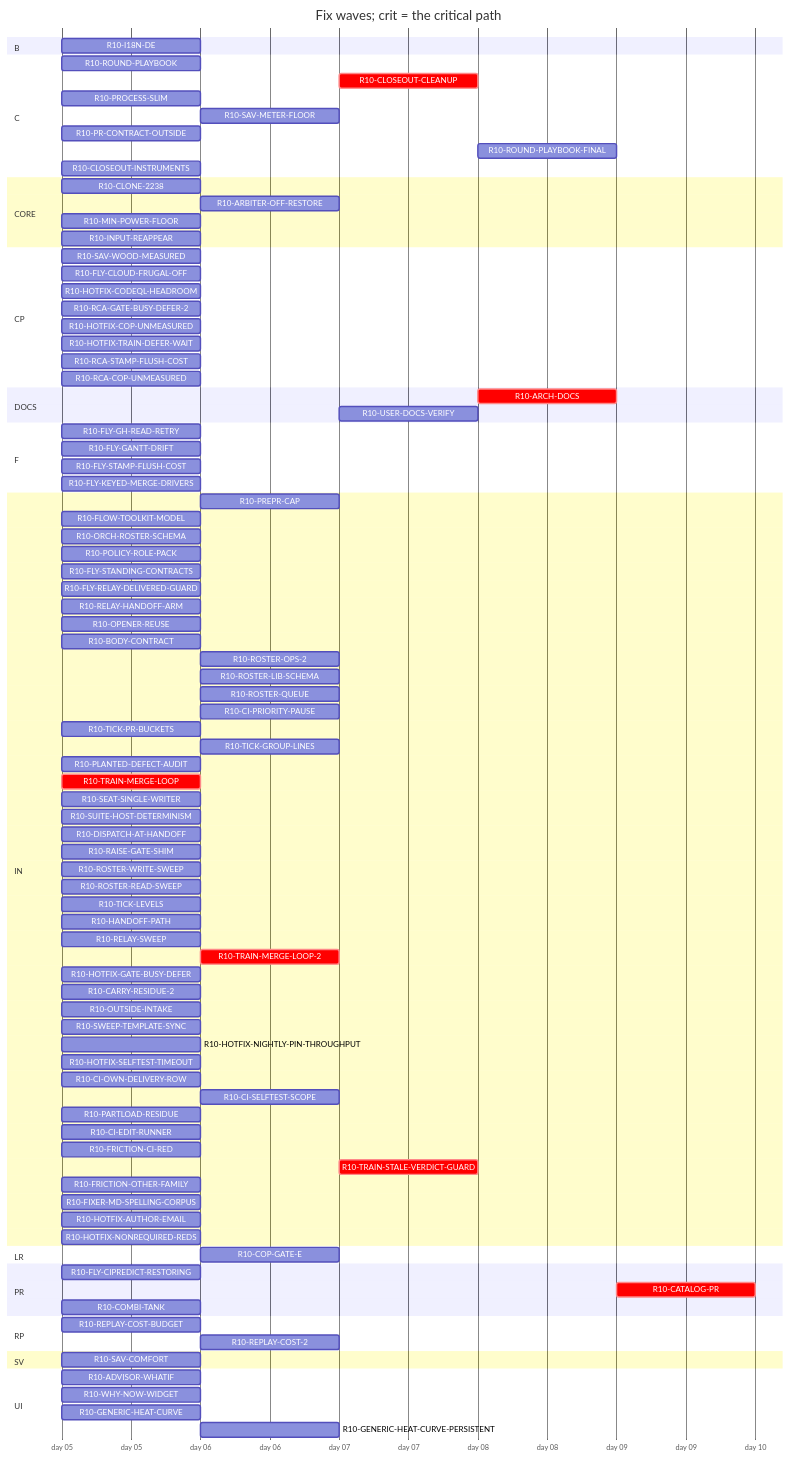
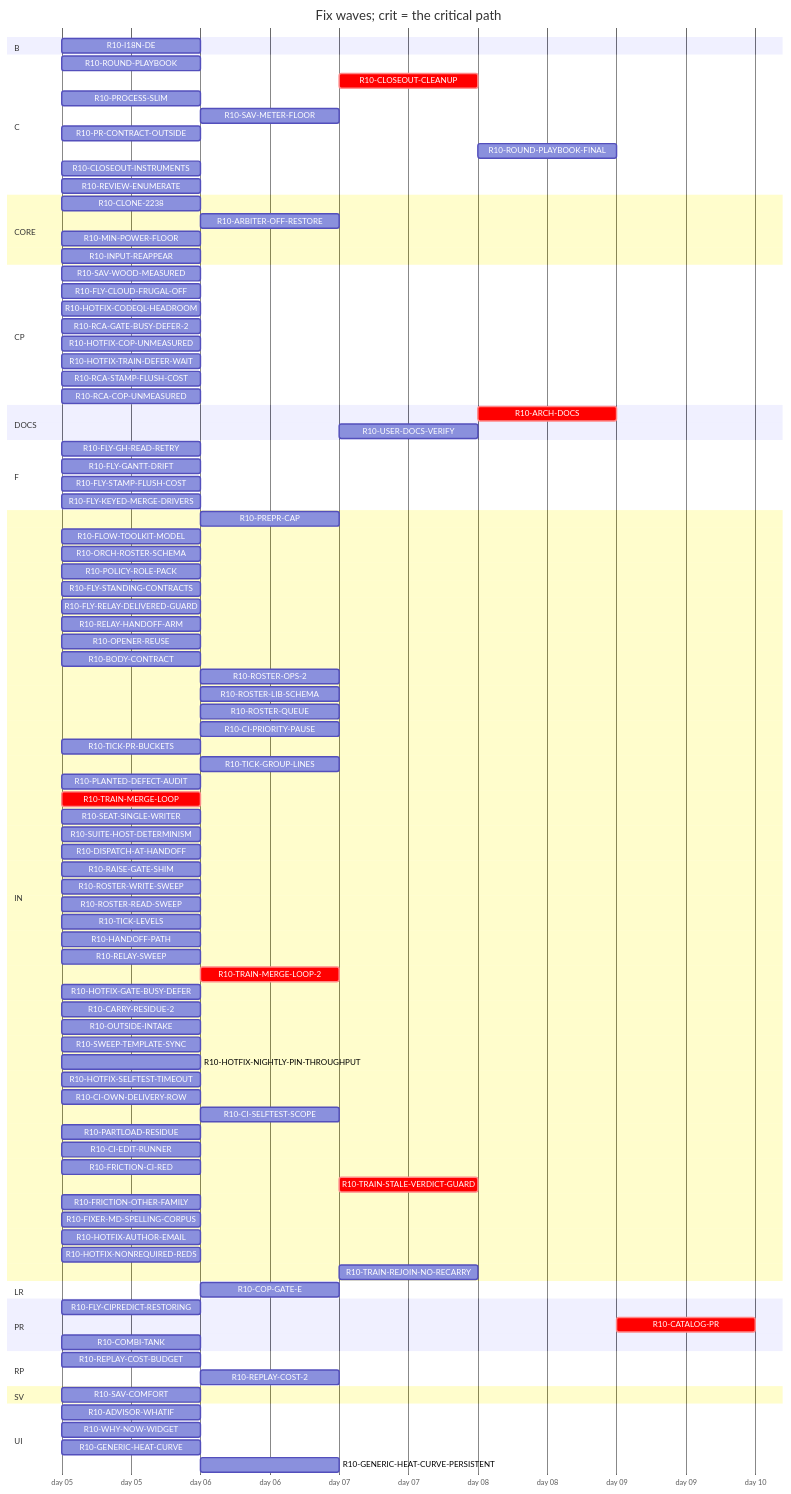
The diagram in handoff/round10/state/PLAN-TABLE.md (tvofi/heatpump_optimizer), drawn with Mermaid before and after one commit. The commit also changed other lines of this file and 3 other files, not shown here.

Commit message:
state: FLOW-BOARD.md, NEXT-SESSION-PROMPT.md, PLAN-TABLE.md, RESUME-CURRENT.md regenerated (state_docs.py)

```diff
--- a/handoff/round10/state/PLAN-TABLE.md
+++ b/handoff/round10/state/PLAN-TABLE.md
@@ -37,6 +37,7 @@
     R10-PR-CONTRACT-OUTSIDE :r10PRCONTRACTOUTSIDE, 2026-01-05, 1d
     R10-ROUND-PLAYBOOK-FINAL :r10ROUNDPLAYBOOKFINAL, after r10PREPRCAP r10HANDOFFPATH r10RELAYSWEEP r10TRAINMERGELOOP r10DISPATCHATHANDOFF r10BODYCONTRACT r10TICKLEVELS r10CIPRIORITYPAUSE r10ROSTERWRITESWEEP r10ROSTERREADSWEEP r10FLYSTANDINGCONTRACTS r10POLICYROLEPACK r10FLOWTOOLKITMODEL r10FLYCIPREDICTRESTORING r10RAISEGATESHIM r10PLANTEDDEFECTAUDIT r10FLYGHREADRETRY r10SUITEHOSTDETERMINISM r10ROUNDPLAYBOOK r10PROCESSSLIM r10TRAINMERGELOOP2 r10HOTFIXGATEBUSYDEFER r10CARRYRESIDUE2 r10REPLAYCOST2 r10HOTFIXCODEQLHEADROOM r10OUTSIDEINTAKE r10SWEEPTEMPLATESYNC r10HOTFIXNIGHTLYPINTHROUGHPUT r10HOTFIXSELFTESTTIMEOUT r10FLYSTAMPFLUSHCOST r10HOTFIXTRAINDEFERWAIT r10CIOWNDELIVERYROW r10CISELFTESTSCOPE r10CIEDITRUNNER r10TRAINSTALEVERDICTGUARD r10CLOSEOUTINSTRUMENTS r10FRICTIONCIRED r10FRICTIONOTHERFAMILY r10FIXERMDSPELLINGCORPUS, 1d
     R10-CLOSEOUT-INSTRUMENTS :r10CLOSEOUTINSTRUMENTS, 2026-01-05, 1d
+    R10-REVIEW-ENUMERATE :r10REVIEWENUMERATE, 2026-01-05, 1d
   section CORE
     R10-CLONE-2238 :r10CLONE2238, 2026-01-05, 1d
     R10-ARBITER-OFF-RESTORE :r10ARBITEROFFRESTORE, after r10GENERICHEATCURVE, 1d
@@ -103,6 +104,7 @@
     R10-FIXER-MD-SPELLING-CORPUS :r10FIXERMDSPELLINGCORPUS, 2026-01-05, 1d
     R10-HOTFIX-AUTHOR-EMAIL :r10HOTFIXAUTHOREMAIL, 2026-01-05, 1d
     R10-HOTFIX-NONREQUIRED-REDS :r10HOTFIXNONREQUIREDREDS, 2026-01-05, 1d
+    R10-TRAIN-REJOIN-NO-RECARRY :r10TRAINREJOINNORECARRY, after r10HOTFIXTRAINDEFERWAIT r10TRAINMERGELOOP2, 1d
   section LR
     R10-COP-GATE-E :r10COPGATEE, after r10HOTFIXCOPUNMEASURED, 1d
   section PR
```
